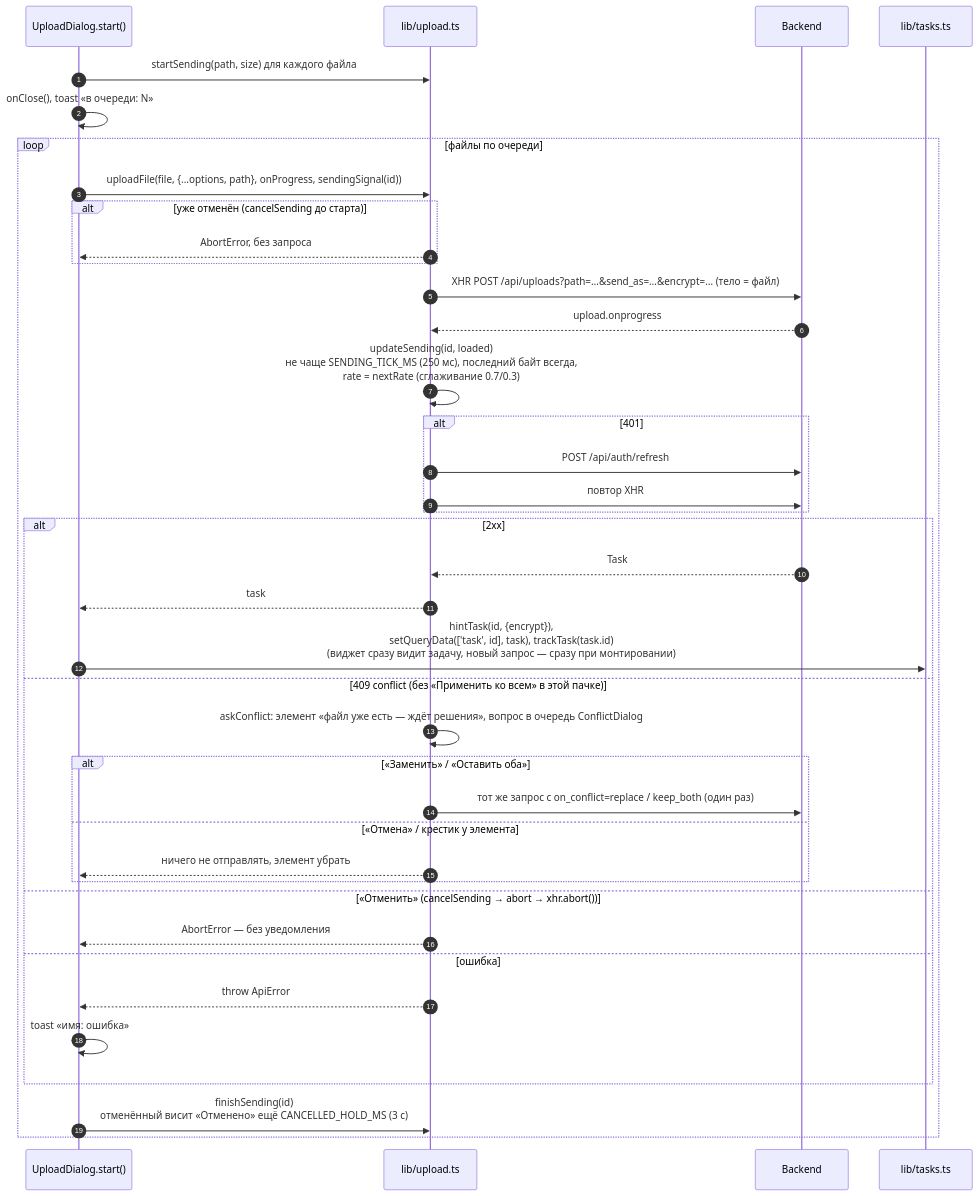
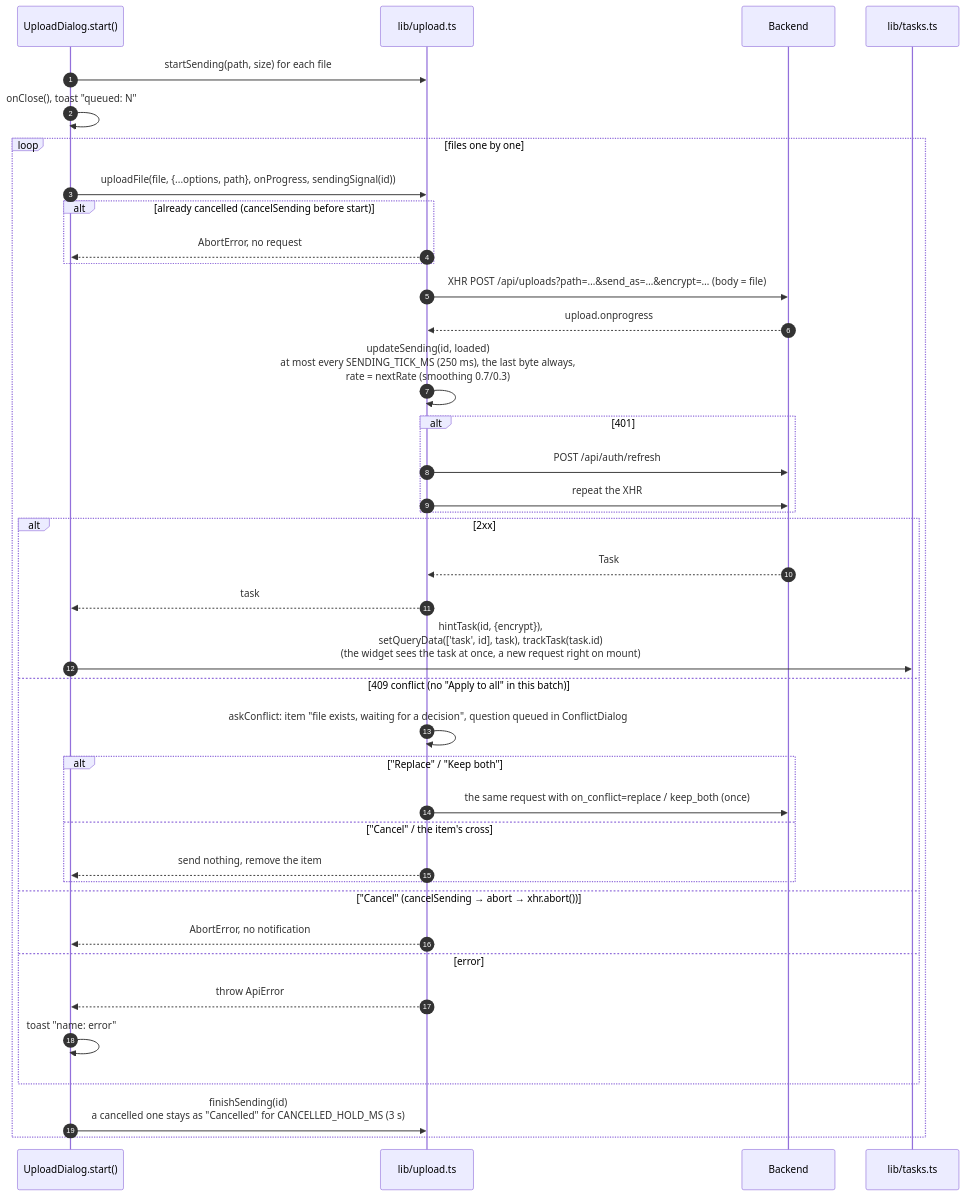
Before and after one commit to NikitkaZXC/tcloud-frontend: the second of 7 diagrams in docs/uploads-and-tasks.md, drawn with Mermaid. The commit also changed other lines of this file and 8 other files, not shown here.

````diff
--- a/docs/uploads-and-tasks.md
+++ b/docs/uploads-and-tasks.md
@@ -46,41 +48,41 @@
 ```mermaid
 sequenceDiagram
     autonumber
     participant D as UploadDialog.start()
     participant U as lib/upload.ts
     participant B as Backend
     participant T as lib/tasks.ts
-    D->>U: startSending(path, size) для каждого файла
-    D->>D: onClose(), toast «в очереди: N»
-    loop файлы по очереди
+    D->>U: startSending(path, size) for each file
+    D->>D: onClose(), toast "queued: N"
+    loop files one by one
         D->>U: uploadFile(file, {...options, path}, onProgress, sendingSignal(id))
-        alt уже отменён (cancelSending до старта)
-            U-->>D: AbortError, без запроса
+        alt already cancelled (cancelSending before start)
+            U-->>D: AbortError, no request
         end
-        U->>B: XHR POST /api/uploads?path=…&send_as=…&encrypt=… (тело = файл)
+        U->>B: XHR POST /api/uploads?path=…&send_as=…&encrypt=… (body = file)
         B-->>U: upload.onprogress
-        U->>U: updateSending(id, loaded)<br/>не чаще SENDING_TICK_MS (250 мс), последний байт всегда,<br/>rate = nextRate (сглаживание 0.7/0.3)
+        U->>U: updateSending(id, loaded)<br/>at most every SENDING_TICK_MS (250 ms), the last byte always,<br/>rate = nextRate (smoothing 0.7/0.3)
         alt 401
             U->>B: POST /api/auth/refresh
-            U->>B: повтор XHR
+            U->>B: repeat the XHR
         end
         alt 2xx
             B-->>U: Task
             U-->>D: task
-            D->>T: hintTask(id, {encrypt}),<br/>setQueryData(['task', id], task), trackTask(task.id)<br/>(виджет сразу видит задачу, новый запрос — сразу при монтировании)
-        else 409 conflict (без «Применить ко всем» в этой пачке)
-            U->>U: askConflict: элемент «файл уже есть — ждёт решения», вопрос в очередь ConflictDialog
-            alt «Заменить» / «Оставить оба»
-                U->>B: тот же запрос с on_conflict=replace / keep_both (один раз)
-            else «Отмена» / крестик у элемента
-                U-->>D: ничего не отправлять, элемент убрать
+            D->>T: hintTask(id, {encrypt}),<br/>setQueryData(['task', id], task), trackTask(task.id)<br/>(the widget sees the task at once, a new request right on mount)
+        else 409 conflict (no "Apply to all" in this batch)
+            U->>U: askConflict: item "file exists, waiting for a decision", question queued in ConflictDialog
+            alt "Replace" / "Keep both"
+                U->>B: the same request with on_conflict=replace / keep_both (once)
+            else "Cancel" / the item's cross
+                U-->>D: send nothing, remove the item
             end
-        else «Отменить» (cancelSending → abort → xhr.abort())
-            U-->>D: AbortError — без уведомления
-        else ошибка
+        else "Cancel" (cancelSending → abort → xhr.abort())
+            U-->>D: AbortError, no notification
+        else error
             U-->>D: throw ApiError
-            D->>D: toast «имя: ошибка»
+            D->>D: toast "name: error"
         end
-        D->>U: finishSending(id)<br/>отменённый висит «Отменено» ещё CANCELLED_HOLD_MS (3 с)
+        D->>U: finishSending(id)<br/>a cancelled one stays as "Cancelled" for CANCELLED_HOLD_MS (3 s)
     end
 ```
````
